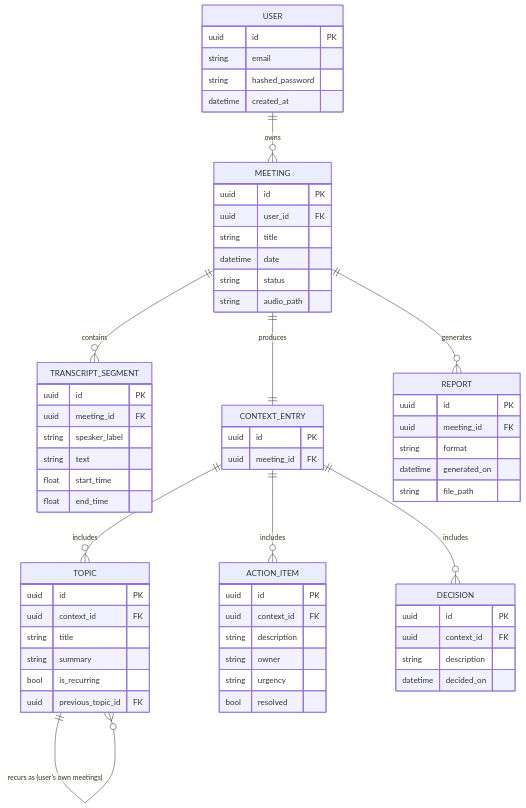
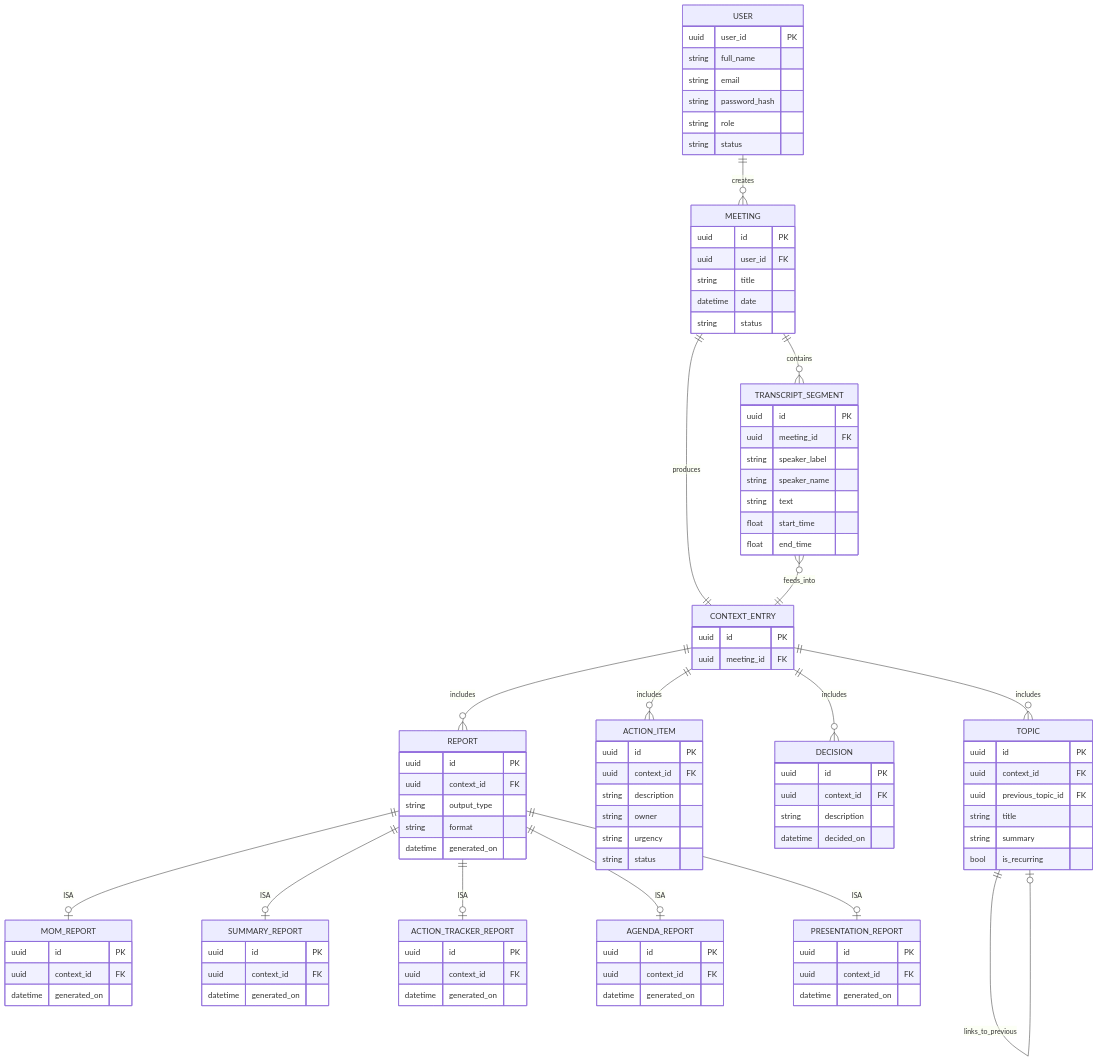
The seventh of 8 diagrams in docs/CMIS_UML_Diagrams.md (Karansinh22/CMIS), drawn with Mermaid before and after one commit. The commit also changed other lines of this file, not shown here.

````diff
--- a/docs/CMIS_UML_Diagrams.md
+++ b/docs/CMIS_UML_Diagrams.md
@@ -255,19 +304,27 @@
 ```mermaid
 erDiagram
-    USER ||--o{ MEETING : owns
+    USER ||--o{ MEETING : creates
     MEETING ||--o{ TRANSCRIPT_SEGMENT : contains
     MEETING ||--|| CONTEXT_ENTRY : produces
-    MEETING ||--o{ REPORT : generates
-    CONTEXT_ENTRY ||--o{ TOPIC : includes
+    TRANSCRIPT_SEGMENT }o--|| CONTEXT_ENTRY : feeds_into
+    CONTEXT_ENTRY ||--o{ REPORT : includes
     CONTEXT_ENTRY ||--o{ ACTION_ITEM : includes
     CONTEXT_ENTRY ||--o{ DECISION : includes
-    TOPIC ||--o{ TOPIC : "recurs as (user's own meetings)"
+    CONTEXT_ENTRY ||--o{ TOPIC : includes
+    TOPIC ||--o| TOPIC : links_to_previous
+    REPORT ||--o| MOM_REPORT : ISA
+    REPORT ||--o| SUMMARY_REPORT : ISA
+    REPORT ||--o| ACTION_TRACKER_REPORT : ISA
+    REPORT ||--o| AGENDA_REPORT : ISA
+    REPORT ||--o| PRESENTATION_REPORT : ISA
 
     USER {
-        uuid id PK
+        uuid user_id PK
+        string full_name
         string email
-        string hashed_password
-        datetime created_at
+        string password_hash
+        string role
+        string status
     }
     MEETING {
         uuid id PK
@@ -275,12 +332,12 @@
         string title
         datetime date
         string status
-        string audio_path
     }
     TRANSCRIPT_SEGMENT {
         uuid id PK
         uuid meeting_id FK
         string speaker_label
+        string speaker_name
         string text
         float start_time
         float end_time
@@ -292,10 +349,10 @@
     TOPIC {
         uuid id PK
         uuid context_id FK
+        uuid previous_topic_id FK
         string title
         string summary
         bool is_recurring
-        uuid previous_topic_id FK
     }
     ACTION_ITEM {
         uuid id PK
@@ -303,7 +360,7 @@
         string description
         string owner
         string urgency
-        bool resolved
+        string status
     }
     DECISION {
         uuid id PK
@@ -313,9 +370,34 @@
     }
     REPORT {
         uuid id PK
-        uuid meeting_id FK
+        uuid context_id FK
+        string output_type
         string format
         datetime generated_on
-        string file_path
+    }
+    MOM_REPORT {
+        uuid id PK
+        uuid context_id FK
+        datetime generated_on
+    }
+    SUMMARY_REPORT {
+        uuid id PK
+        uuid context_id FK
+        datetime generated_on
+    }
+    ACTION_TRACKER_REPORT {
+        uuid id PK
+        uuid context_id FK
+        datetime generated_on
+    }
+    AGENDA_REPORT {
+        uuid id PK
+        uuid context_id FK
+        datetime generated_on
+    }
+    PRESENTATION_REPORT {
+        uuid id PK
+        uuid context_id FK
+        datetime generated_on
     }
 ```
````
